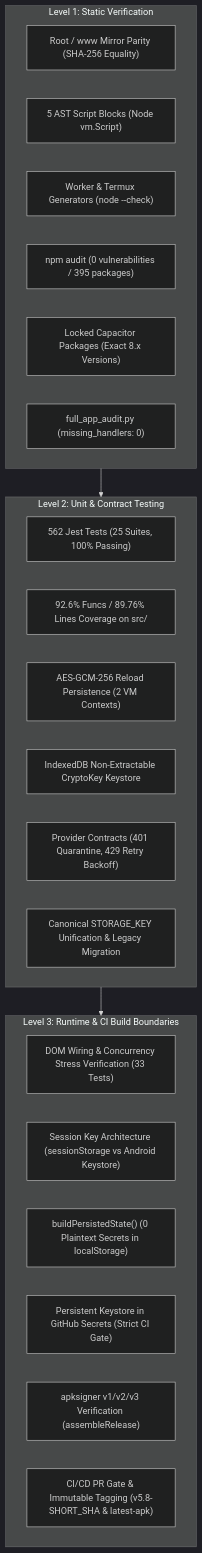
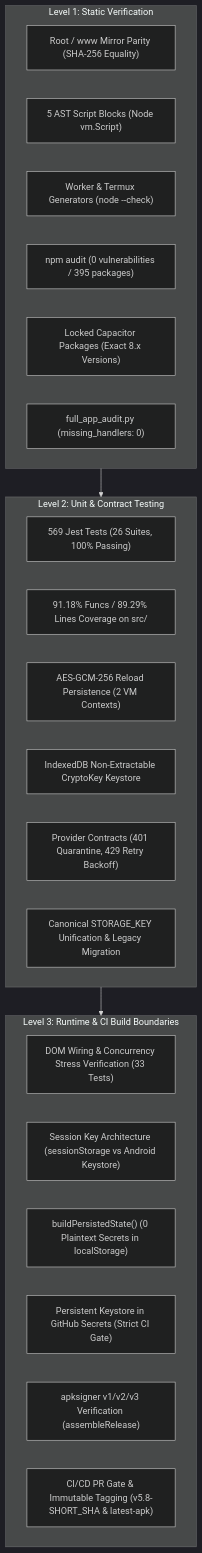
The first of 2 diagrams in AUDIT_REPORT.md (dicardotr46-max/EG-Nexus-OS), drawn with Mermaid (dark theme) before and after one commit. The commit also changed other lines of this file and 50 other files, not shown here.

````diff
--- a/AUDIT_REPORT.md
+++ b/AUDIT_REPORT.md
@@ -21,32 +21,32 @@
 ```mermaid
 flowchart TD
     subgraph LEVEL_1["Level 1: Static Verification"]
         PARITY["Root / www Mirror Parity (SHA-256 Equality)"]
         AST["5 AST Script Blocks (Node vm.Script)"]
         TMPL["Worker & Termux Generators (node --check)"]
         NPM["npm audit (0 vulnerabilities / 395 packages)"]
         PINS["Locked Capacitor Packages (Exact 8.x Versions)"]
         PARSER["full_app_audit.py (missing_handlers: 0)"]
     end
 
     subgraph LEVEL_2["Level 2: Unit & Contract Testing"]
-        JEST["562 Jest Tests (25 Suites, 100% Passing)"]
-        COV["92.6% Funcs / 89.76% Lines Coverage on src/"]
+        JEST["569 Jest Tests (26 Suites, 100% Passing)"]
+        COV["91.18% Funcs / 89.29% Lines Coverage on src/"]
         RELOAD["AES-GCM-256 Reload Persistence (2 VM Contexts)"]
         IDB_KEY["IndexedDB Non-Extractable CryptoKey Keystore"]
         PROVIDER["Provider Contracts (401 Quarantine, 429 Retry Backoff)"]
         STORAGE_UNIF["Canonical STORAGE_KEY Unification & Legacy Migration"]
     end
 
     subgraph LEVEL_3["Level 3: Runtime & CI Build Boundaries"]
         DOM_WIRING["DOM Wiring & Concurrency Stress Verification (33 Tests)"]
         SESSION["Session Key Architecture (sessionStorage vs Android Keystore)"]
         STRIP["buildPersistedState() (0 Plaintext Secrets in localStorage)"]
         SECRETS_GATE["Persistent Keystore in GitHub Secrets (Strict CI Gate)"]
         SIGN["apksigner v1/v2/v3 Verification (assembleRelease)"]
         GATE["CI/CD PR Gate & Immutable Tagging (v5.8-SHORT_SHA & latest-apk)"]
     end
 
     LEVEL_1 --> LEVEL_2
     LEVEL_2 --> LEVEL_3
 ```
````
